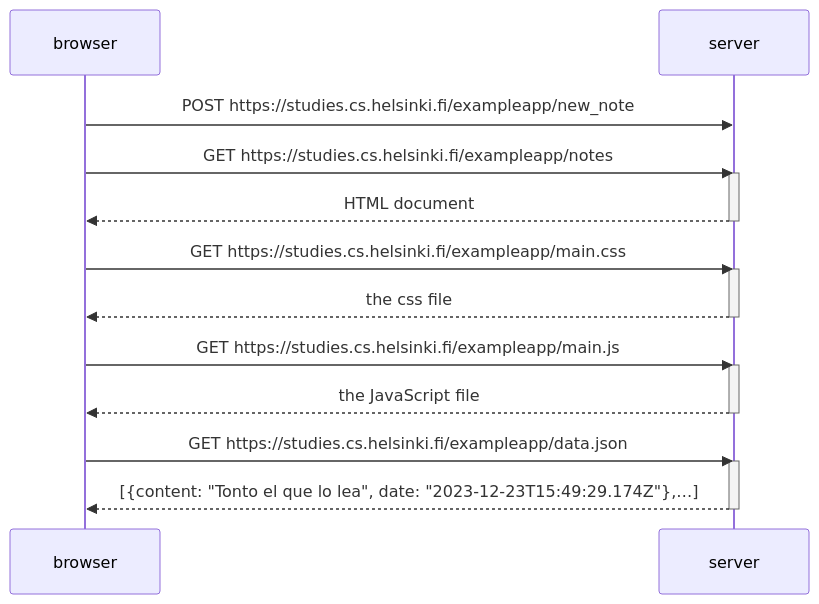
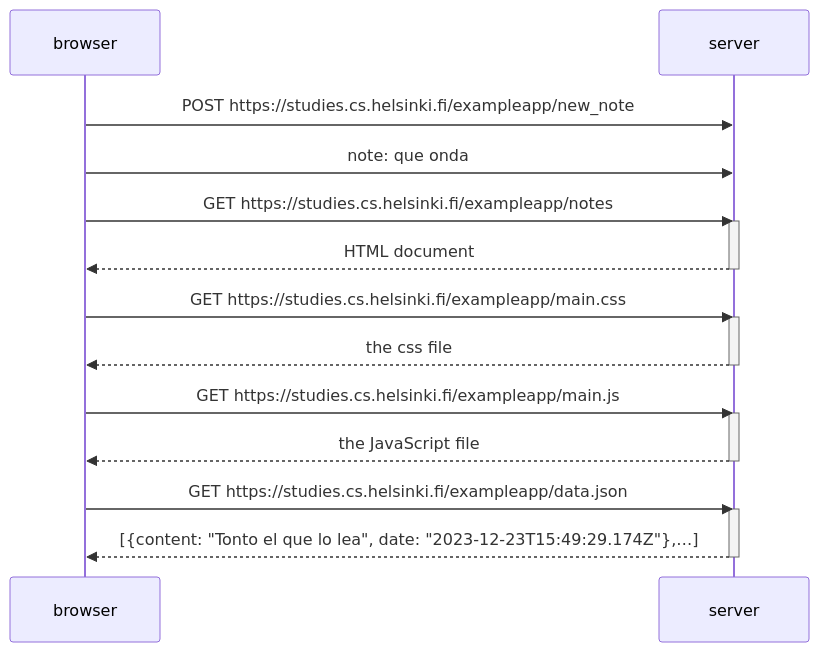
The diagram in part0/diagram.md (descartesdemon/fullstackopen), drawn with Mermaid before and after one commit.

Commit message:
testdiagram6

````diff
--- a/part0/diagram.md
+++ b/part0/diagram.md
@@ -1,26 +1,27 @@
 ```mermaid
 sequenceDiagram
     participant browser
     participant server
 
     browser->>server: POST https://studies.cs.helsinki.fi/exampleapp/new_note
+    browser->>server: note: que onda
     browser->>server: GET https://studies.cs.helsinki.fi/exampleapp/notes
     activate server
     server-->>browser: HTML document
     deactivate server
 
     browser->>server: GET https://studies.cs.helsinki.fi/exampleapp/main.css
     activate server
     server-->>browser: the css file
     deactivate server
 
     browser->>server: GET https://studies.cs.helsinki.fi/exampleapp/main.js
     activate server
     server-->>browser: the JavaScript file
     deactivate server
 
     browser->>server: GET https://studies.cs.helsinki.fi/exampleapp/data.json
     activate server
     server-->>browser: [{content: "Tonto el que lo lea", date: "2023-12-23T15:49:29.174Z"},…]
     deactivate server
 ```
````
